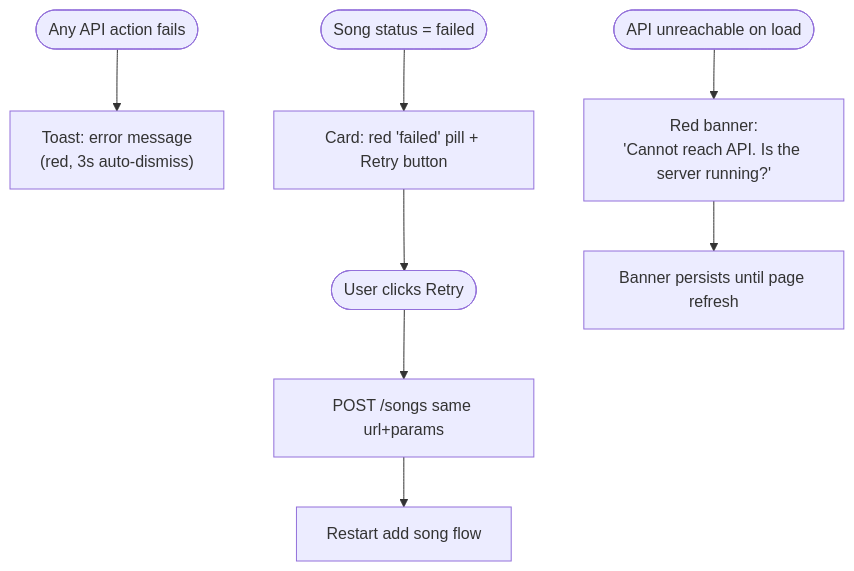
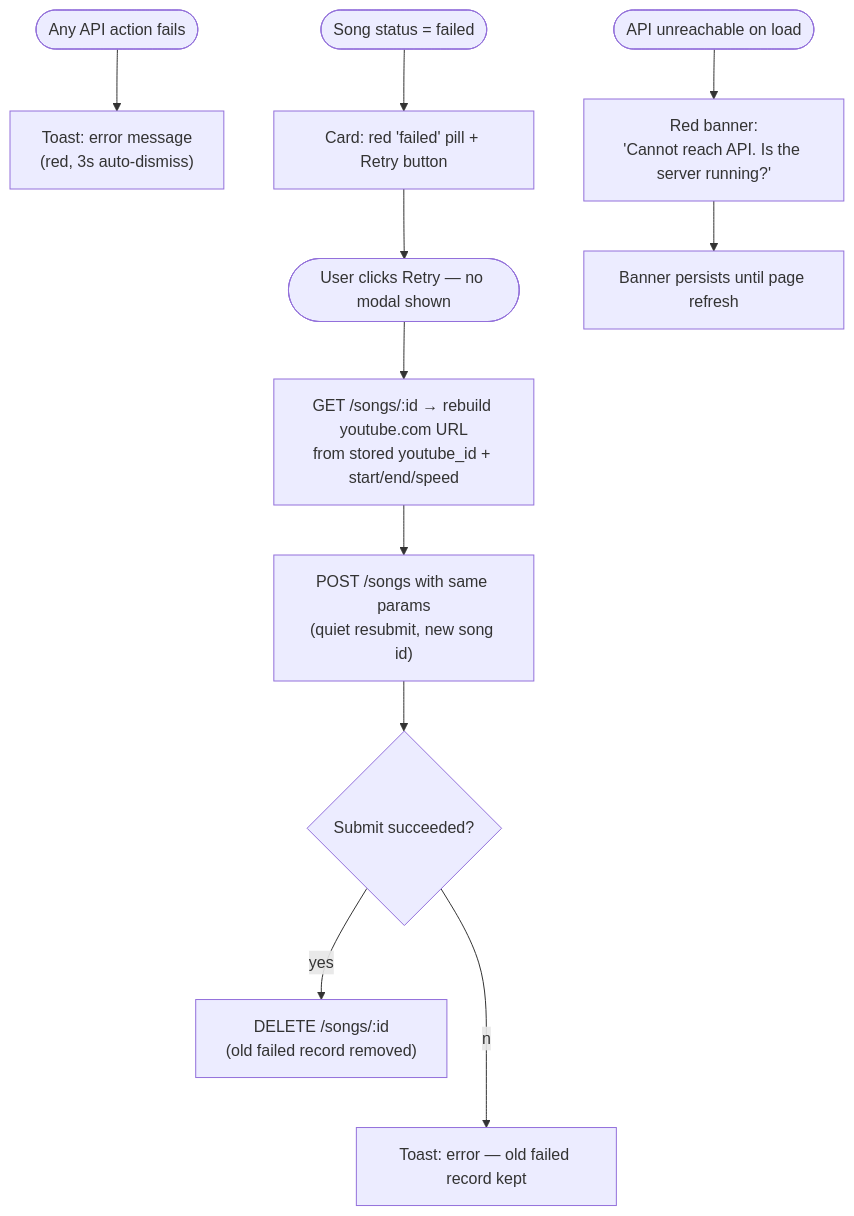
Before and after one commit to KarthikUdyawar/melo: diagram 14 of 15 in docs/USER-FLOW.md, drawn with Mermaid. The commit also changed other lines of this file and 26 other files, not shown here.

````diff
--- a/docs/USER-FLOW.md
+++ b/docs/USER-FLOW.md
@@ -227,12 +244,15 @@
 ```mermaid
 flowchart TD
     A([Any API action fails]) --> B["Toast: error message\n(red, 3s auto-dismiss)"]
 
     C([Song status = failed]) --> D["Card: red 'failed' pill + Retry button"]
-    D --> E([User clicks Retry])
-    E --> F["POST /songs same url+params"]
-    F --> G[Restart add song flow]
+    D --> E([User clicks Retry — no modal shown])
+    E --> F["GET /songs/:id → rebuild youtube.com URL\nfrom stored youtube_id + start/end/speed"]
+    F --> G["POST /songs with same params\n(quiet resubmit, new song id)"]
+    G --> H{Submit succeeded?}
+    H --yes--> I["DELETE /songs/:id\n(old failed record removed)"]
+    H --no--> J[Toast: error — old failed record kept]
 
-    H([API unreachable on load]) --> I["Red banner:\n'Cannot reach API. Is the server running?'"]
-    I --> J[Banner persists until page refresh]
+    K([API unreachable on load]) --> L["Red banner:\n'Cannot reach API. Is the server running?'"]
+    L --> M[Banner persists until page refresh]
 ```
````
